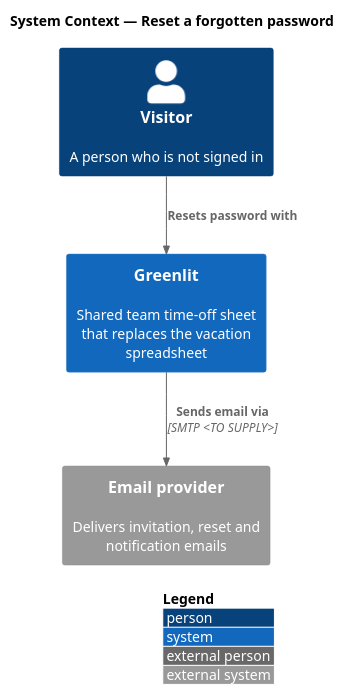
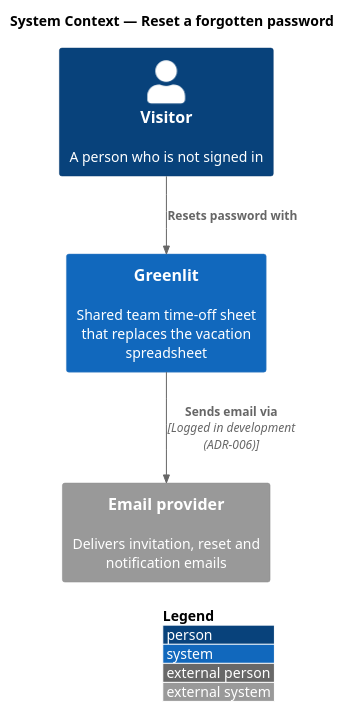
One commit to QuinntyneBrown/greenlit changed the diagram in docs/detailed-designs/identity-and-access/reset-password/diagrams/c4-context.puml. Above: the diagram before and after it, drawn with PlantUML. The commit also changed 4 other files, not shown here.

```diff
--- a/docs/detailed-designs/identity-and-access/reset-password/diagrams/c4-context.puml
+++ b/docs/detailed-designs/identity-and-access/reset-password/diagrams/c4-context.puml
@@ -1,12 +1,12 @@
 @startuml
 !include <C4/C4_Context>
 LAYOUT_WITH_LEGEND()
 title System Context — Reset a forgotten password
 
 Person(visitor, "Visitor", "A person who is not signed in")
 System(greenlit, "Greenlit", "Shared team time-off sheet that replaces the vacation spreadsheet")
 System_Ext(email, "Email provider", "Delivers invitation, reset and notification emails")
 
 Rel(visitor, greenlit, "Resets password with")
-Rel(greenlit, email, "Sends email via", "SMTP <TO SUPPLY>")
+Rel(greenlit, email, "Sends email via", "Logged in development (ADR-006)")
 @enduml
```
